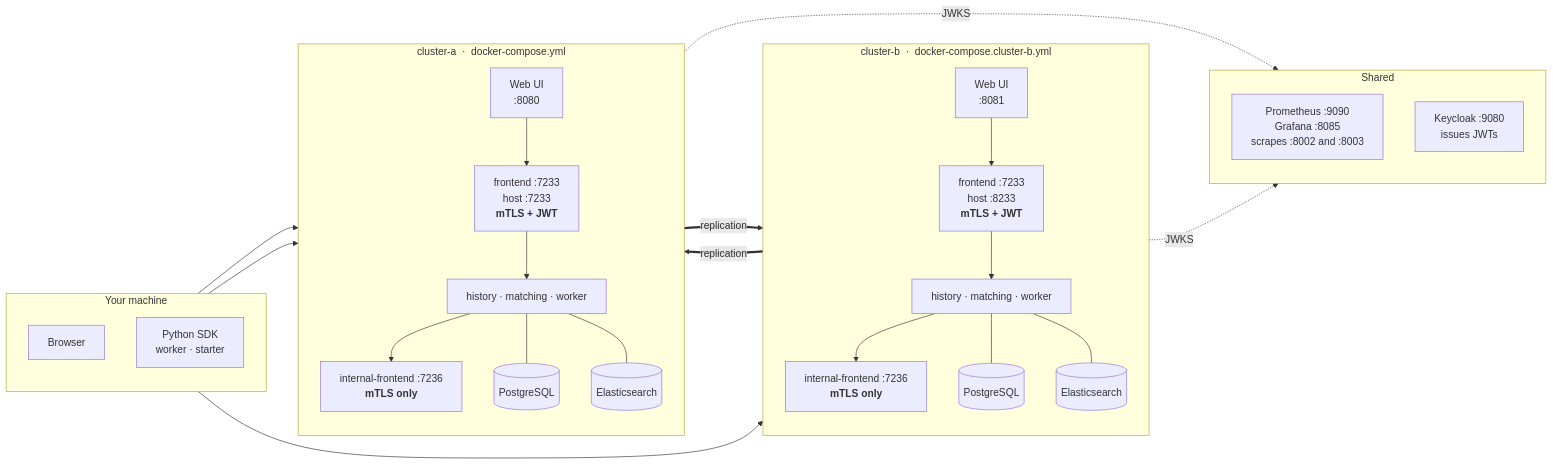
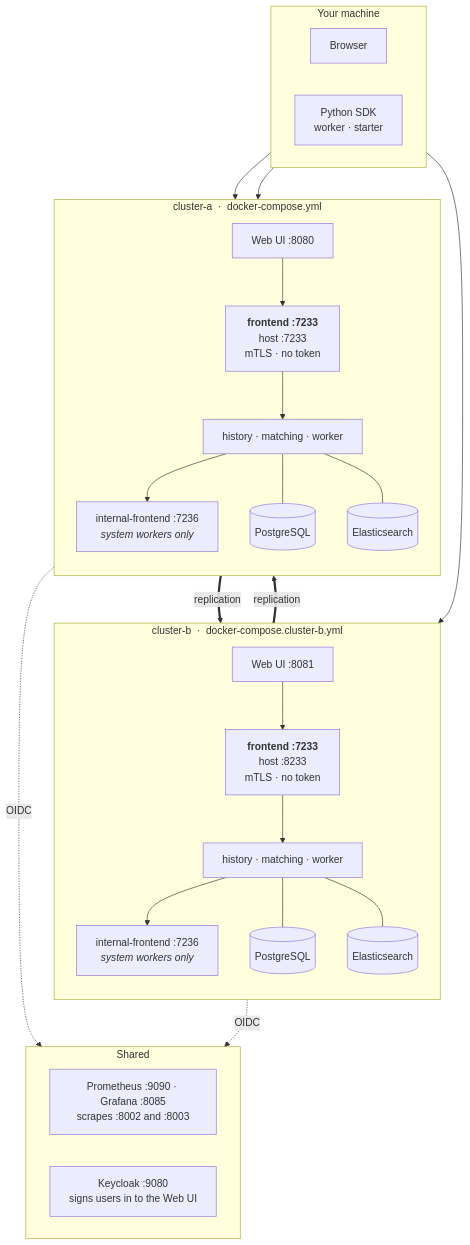
The first of 2 diagrams in README.md (adam-quan/temporal-replication-mtls), drawn with Mermaid before and after one commit. The commit also changed other lines of this file and 12 other files, not shown here.

````diff
--- a/README.md
+++ b/README.md
@@ -40,55 +41,55 @@
 ```mermaid
-flowchart LR
+flowchart TB
     subgraph HOST["Your machine"]
-        direction TB
+        direction LR
         BROWSER["Browser"]
         SDK["Python SDK<br/>worker · starter"]
     end
 
     subgraph CLB["cluster-b &nbsp;·&nbsp; docker-compose.cluster-b.yml"]
         direction TB
-        UIB["Web UI<br/>:8081"]
-        FB["frontend :7233<br/>host :8233<br/><b>mTLS + JWT</b>"]
-        IFB["internal-frontend :7236<br/><b>mTLS only</b>"]
+        UIB["Web UI :8081"]
+        FB["<b>frontend :7233</b><br/>host :8233<br/>mTLS · no token"]
         COREB["history · matching · worker"]
+        IFB["internal-frontend :7236<br/><i>system workers only</i>"]
         PGB[("PostgreSQL")]
         ESB[("Elasticsearch")]
     end
 
     subgraph CLA["cluster-a &nbsp;·&nbsp; docker-compose.yml"]
         direction TB
-        UIA["Web UI<br/>:8080"]
-        FA["frontend :7233<br/>host :7233<br/><b>mTLS + JWT</b>"]
-        IFA["internal-frontend :7236<br/><b>mTLS only</b>"]
+        UIA["Web UI :8080"]
+        FA["<b>frontend :7233</b><br/>host :7233<br/>mTLS · no token"]
         COREA["history · matching · worker"]
+        IFA["internal-frontend :7236<br/><i>system workers only</i>"]
         PGA[("PostgreSQL")]
         ESA[("Elasticsearch")]
     end
 
     subgraph SHARED["Shared"]
-        direction TB
-        PROM["Prometheus :9090<br/>Grafana :8085<br/>scrapes :8002 and :8003"]
-        KC["Keycloak :9080<br/>issues JWTs"]
+        direction LR
+        PROM["Prometheus :9090 · Grafana :8085<br/>scrapes :8002 and :8003"]
+        KC["Keycloak :9080<br/>signs users in to the Web UI"]
     end
 
+    BROWSER --> UIB
     BROWSER --> UIA
     SDK --> FA
-    BROWSER --> UIB
 
     UIA --> FA
     UIB --> FB
     FA --> COREA
     FB --> COREB
     COREA --> IFA
     COREB --> IFB
     COREA --- PGA
     COREA --- ESA
     COREB --- PGB
     COREB --- ESB
 
-    COREA ==>|"replication"| IFB
-    COREB ==>|"replication"| IFA
+    COREA ==>|"replication"| FB
+    COREB ==>|"replication"| FA
 
-    FA -.->|JWKS| KC
-    FB -.->|JWKS| KC
+    UIA -.->|OIDC| KC
+    UIB -.->|OIDC| KC
 ```
````
